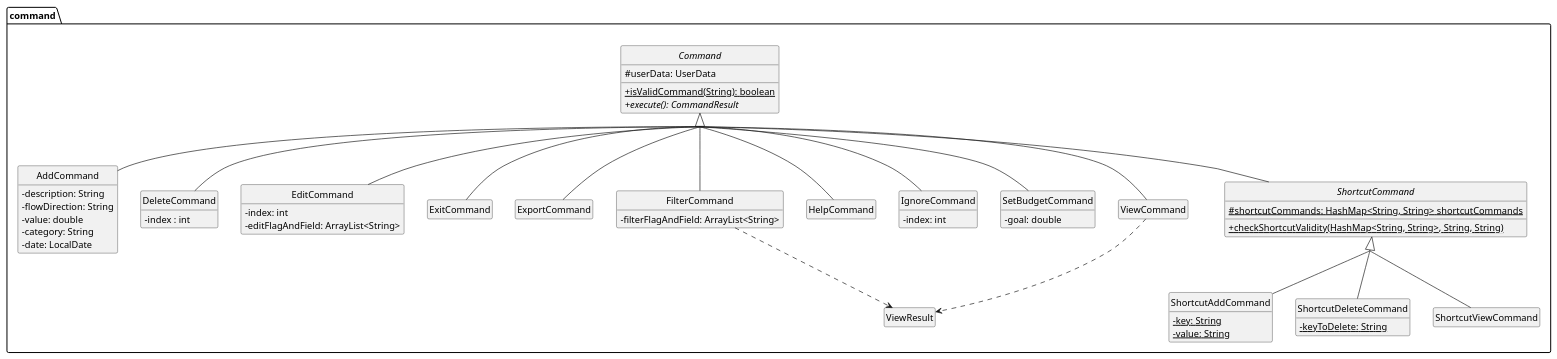
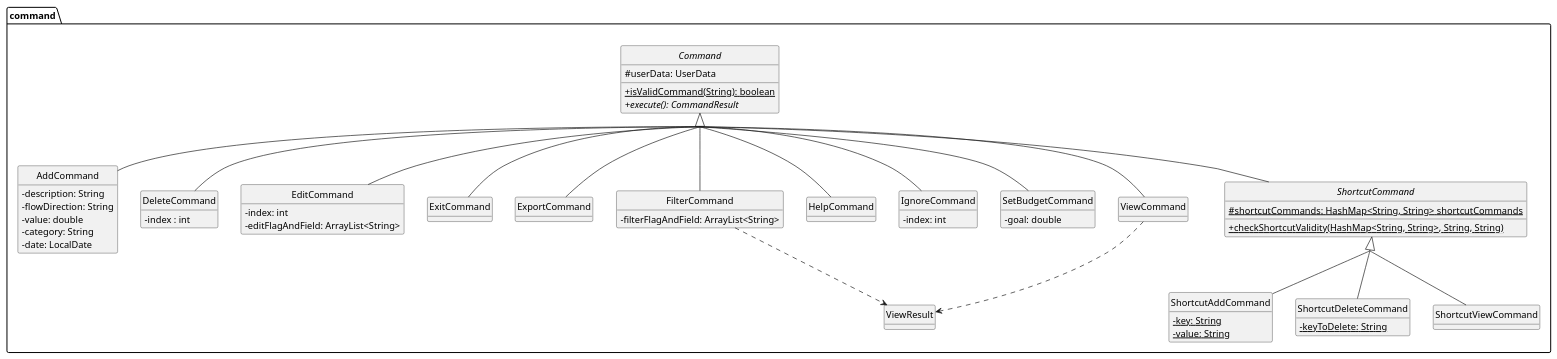
One commit to nus-cs2113-AY2223S2/tp changed the diagram in docs/diagrams/CommandClassDiagram.puml. Above: the diagram before and after it, drawn with PlantUML. The commit also changed 4 other files, not shown here.

```diff
--- a/docs/diagrams/CommandClassDiagram.puml
+++ b/docs/diagrams/CommandClassDiagram.puml
@@ -1,78 +1,77 @@
 @startuml
 skinparam classAttributeIconSize 0
 skinparam groupInheritance 2
 hide circle
 hide empty methods
-hide empty fields
 
 package command {
 
 abstract class Command{
 #userData: UserData
 +{static}isValidCommand(String): boolean
 +{abstract}execute(): CommandResult
 }
 
 Class AddCommand{
 -description: String
 -flowDirection: String
 -value: double
 -category: String
 -date: LocalDate
 }
 
 Class DeleteCommand{
 -index : int
 }
 Class EditCommand{
 -index: int
 -editFlagAndField: ArrayList<String>
 }
 Class ExitCommand
 Class ExportCommand
 Class FilterCommand {
 -filterFlagAndField: ArrayList<String>
 
 }
 Class HelpCommand
 Class IgnoreCommand {
 -index: int
 }
 Class SetBudgetCommand{
 -goal: double
 }
 Class ViewCommand {
 }
 Class ViewResult
 
 abstract Class ShortcutCommand {
 {static}#shortcutCommands: HashMap<String, String> shortcutCommands
 {static}+checkShortcutValidity(HashMap<String, String>, String, String)
 }
 Class ShortcutAddCommand {
 {static}-key: String
 {static}-value: String
 }
 Class ShortcutDeleteCommand{
 {static}-keyToDelete: String
 }
 Class ShortcutViewCommand
 
 Command <|-- AddCommand
 Command <|-- DeleteCommand
 Command <|-- EditCommand
 Command <|-- ExitCommand
 Command <|-- ExportCommand
 Command <|-- FilterCommand
 Command <|-- HelpCommand
 Command <|-- IgnoreCommand
 Command <|-- SetBudgetCommand
 Command <|-- ShortcutCommand
 Command <|-- ViewCommand
 ShortcutCommand <|-- ShortcutAddCommand
 ShortcutCommand <|-- ShortcutViewCommand
 ShortcutCommand <|-- ShortcutDeleteCommand
 ViewCommand ..> ViewResult
 FilterCommand ..> ViewResult
 }
 @enduml
```
